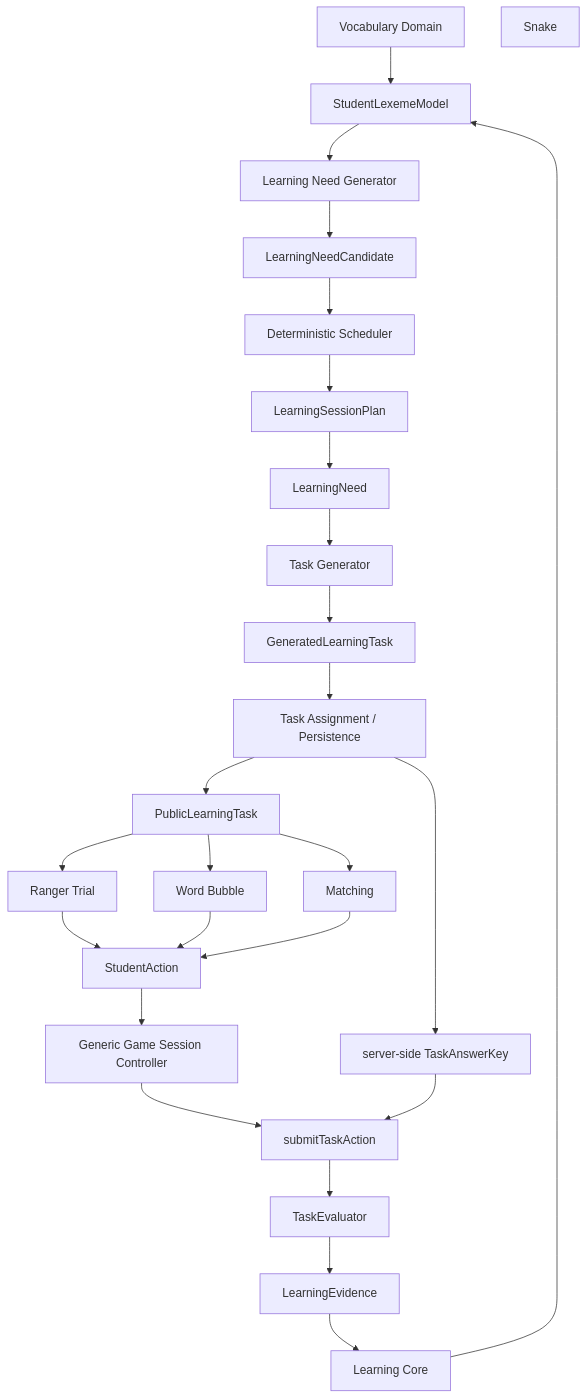
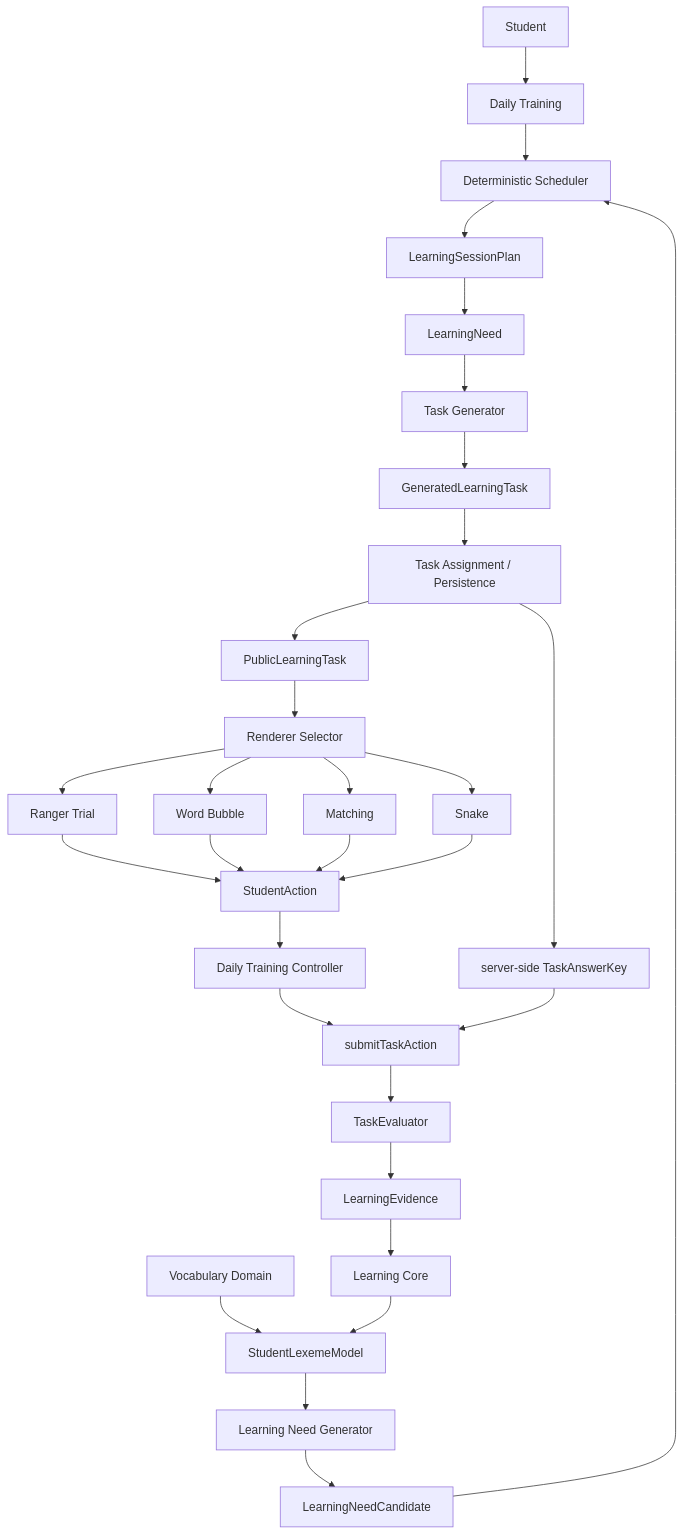
One commit to chipmuck228/wordranger changed the diagram in docs/ARCHITECTURE.md. Above: the diagram before and after it, drawn with Mermaid. The commit also changed other lines of this file and 42 other files, not shown here.

First line of the commit message:
Add Daily Training as the product path over interchangeable renderers.

````diff
--- a/docs/ARCHITECTURE.md
+++ b/docs/ARCHITECTURE.md
@@ -7,50 +7,58 @@
 ```mermaid
 flowchart TD
+  student[Student]
+  daily[Daily Training]
   vocab[Vocabulary Domain]
   model[StudentLexemeModel]
   generator[Learning Need Generator]
   candidates[LearningNeedCandidate]
   scheduler[Deterministic Scheduler]
   plan[LearningSessionPlan]
   need[LearningNeed]
   gen[Task Generator]
   generated[GeneratedLearningTask]
   assignment[Task Assignment / Persistence]
   publicTask[PublicLearningTask]
+  selector[Renderer Selector]
   ranger[Ranger Trial]
   bubble[Word Bubble]
   matching[Matching]
   snake[Snake]
   action[StudentAction]
-  sessionCtl[Generic Game Session Controller]
+  trainCtl[Daily Training Controller]
   submit[submitTaskAction]
   answerKey[server-side TaskAnswerKey]
   evaluator[TaskEvaluator]
   evidence[LearningEvidence]
   core[Learning Core]
 
+  student --> daily
+  daily --> scheduler
   vocab --> model
   model --> generator
   generator --> candidates
   candidates --> scheduler
   scheduler --> plan
   plan --> need
   need --> gen
   gen --> generated
   generated --> assignment
   assignment --> publicTask
-  publicTask --> ranger
-  publicTask --> bubble
-  publicTask --> matching
+  publicTask --> selector
+  selector --> ranger
+  selector --> bubble
+  selector --> matching
+  selector --> snake
   ranger --> action
   bubble --> action
   matching --> action
-  action --> sessionCtl
-  sessionCtl --> submit
+  snake --> action
+  action --> trainCtl
+  trainCtl --> submit
   assignment --> answerKey
   answerKey --> submit
   submit --> evaluator
   evaluator --> evidence
   evidence --> core
   core --> model
 ```
````
